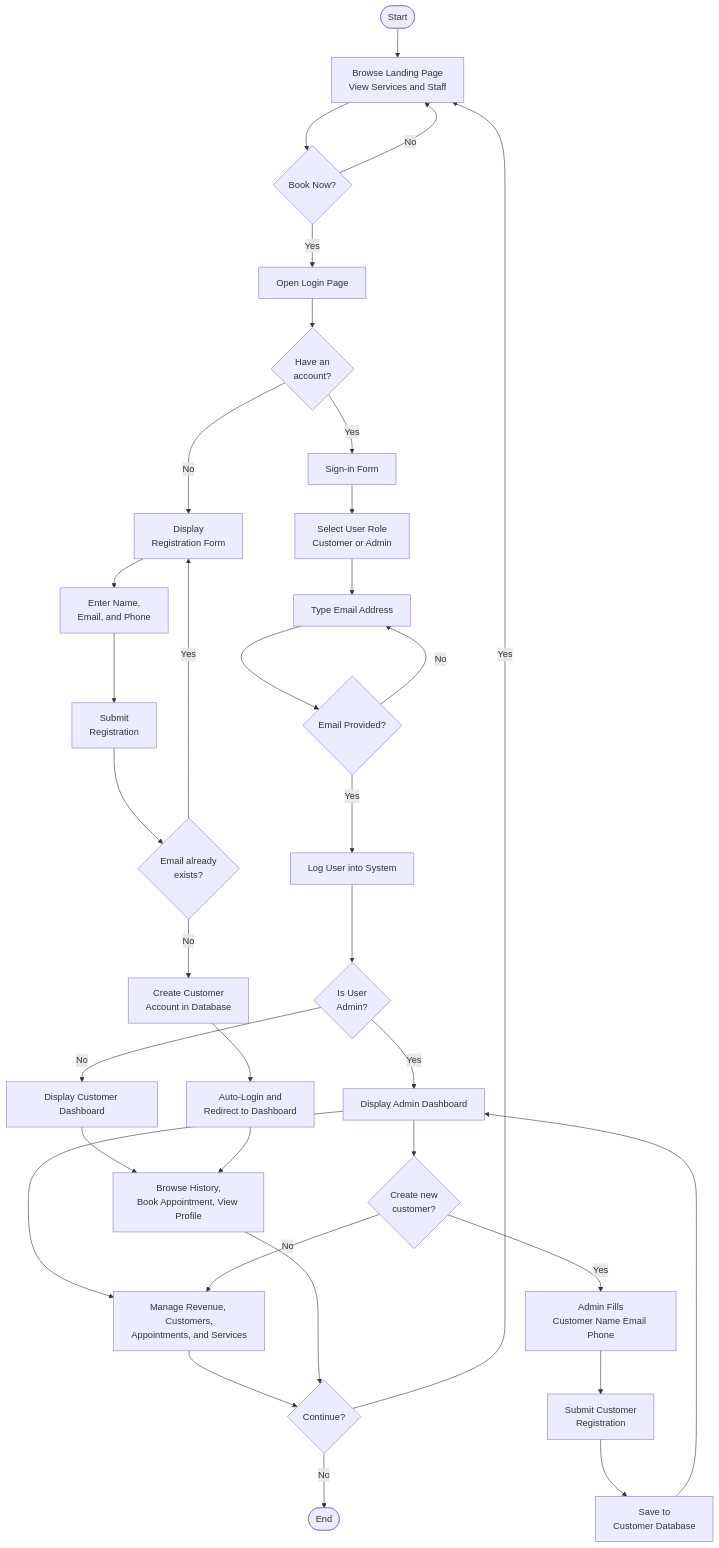
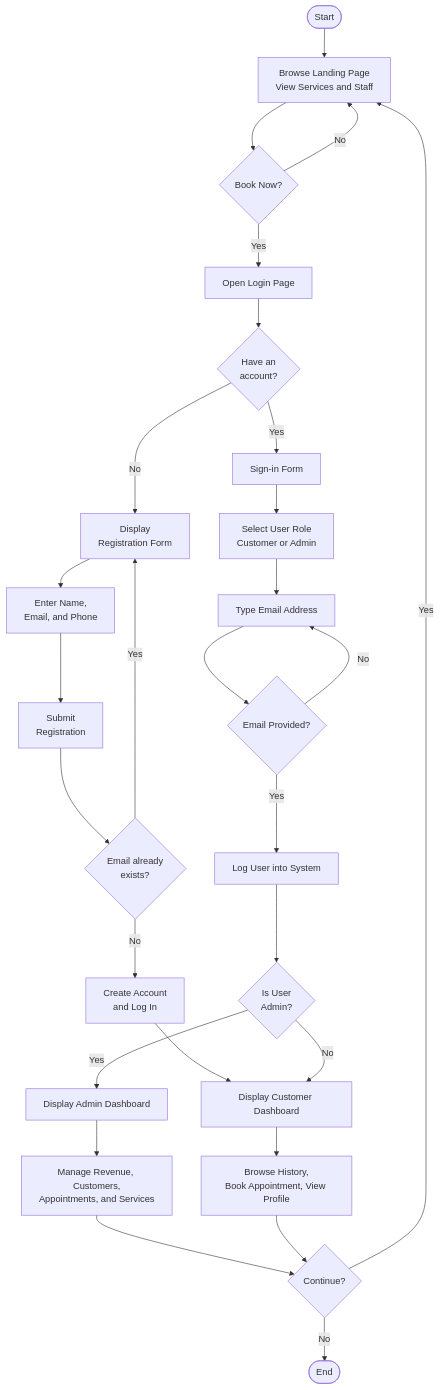
Before and after one commit to pandadoor/crm: the second of 2 diagrams in README.md, drawn with Mermaid. The commit also changed other lines of this file, not shown here.

Commit message:
fix: Process Flowchart strictly focuses on customer/user journey per guide
- Removed admin account creation branch from Process Flowchart
- Admin creation is a business operation, not part of user process flow
- Per DOCX guide: Process Flowchart captures user steps only

````diff
--- a/README.md
+++ b/README.md
@@ -108,40 +108,32 @@
 ```mermaid
 graph TD
     P_START([Start]) --> BROWSE[Browse Landing Page<br/>View Services and Staff]
     BROWSE --> BOOK{Book Now?}
     BOOK -->|No| BROWSE
     BOOK -->|Yes| LOGIN[Open Login Page]
     LOGIN --> HAS_ACCT{Have an<br/>account?}
     HAS_ACCT -->|No| REG_FORM[Display<br/>Registration Form]
     REG_FORM --> FILL_REG[Enter Name,<br/>Email, and Phone]
     FILL_REG --> SUBMIT_REG[Submit<br/>Registration]
     SUBMIT_REG --> REG_CHECK{Email already<br/>exists?}
     REG_CHECK -->|Yes| REG_FORM
-    REG_CHECK -->|No| CREATE_ACCT[Create Customer<br/>Account in Database]
-    CREATE_ACCT --> AUTO_LOGIN[Auto-Login and<br/>Redirect to Dashboard]
+    REG_CHECK -->|No| CREATE_ACCT[Create Account<br/>and Log In]
+    CREATE_ACCT --> CUST_DASH[Display Customer Dashboard]
 
-    HAS_ACCT -->|Yes| LOGIN_FORM[Sign-in Form]
-    LOGIN_FORM --> ROLE[Select User Role<br/>Customer or Admin]
+    HAS_ACCT -->|Yes| SIGN_IN[Sign-in Form]
+    SIGN_IN --> ROLE[Select User Role<br/>Customer or Admin]
     ROLE --> EMAIL[Type Email Address]
     EMAIL --> CHECK{Email Provided?}
     CHECK -->|No| EMAIL
     CHECK -->|Yes| AUTH[Log User into System]
     AUTH --> IS_ADMIN{Is User<br/>Admin?}
     IS_ADMIN -->|Yes| ADMIN_DASH[Display Admin Dashboard]
     IS_ADMIN -->|No| CUST_DASH[Display Customer Dashboard]
 
     ADMIN_DASH --> ADMIN_OPS[Manage Revenue, Customers,<br/>Appointments, and Services]
-    ADMIN_DASH --> CREATE_CUST{Create new<br/>customer?}
-    CREATE_CUST -->|Yes| ADMIN_REG[Admin Fills<br/>Customer Name Email Phone]
-    ADMIN_REG --> ADMIN_SUBMIT[Submit Customer<br/>Registration]
-    ADMIN_SUBMIT --> ADMIN_SAVE[Save to<br/>Customer Database]
-    ADMIN_SAVE --> ADMIN_DASH
-    CREATE_CUST -->|No| ADMIN_OPS
-
     CUST_DASH --> CUST_OPS[Browse History,<br/>Book Appointment, View Profile]
-    AUTO_LOGIN --> CUST_OPS
     ADMIN_OPS --> CONT{Continue?}
     CUST_OPS --> CONT
     CONT -->|Yes| BROWSE
     CONT -->|No| P_END([End])
 ```
````
